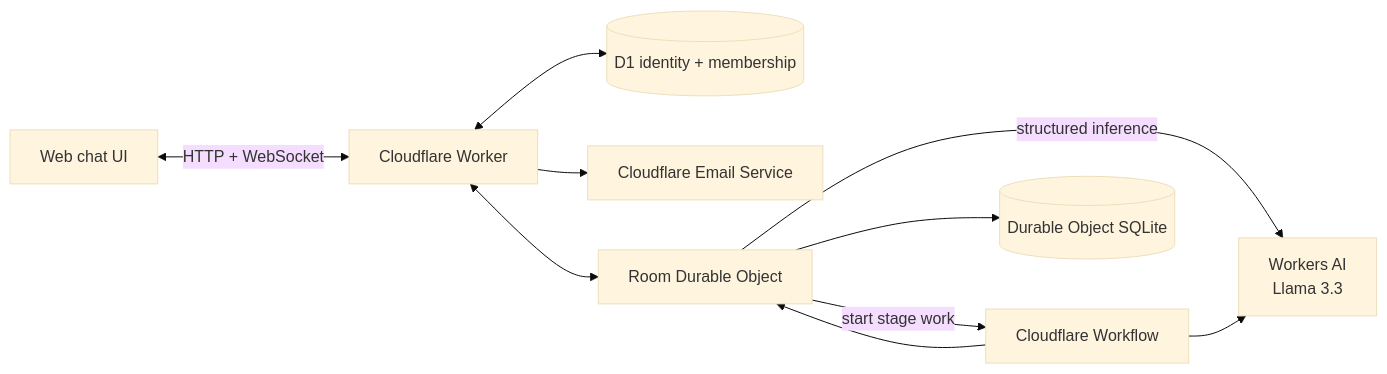
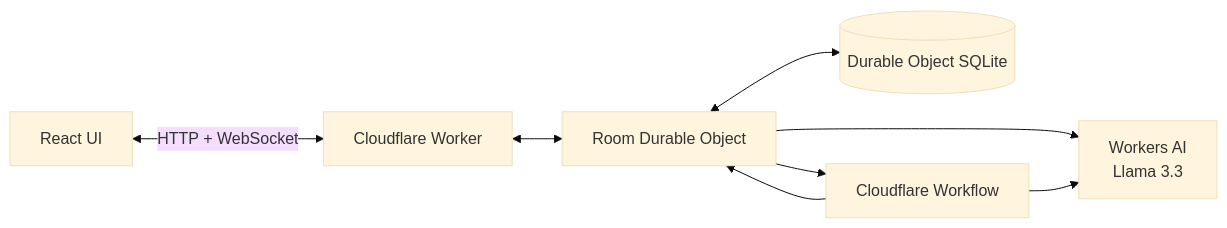
Before and after one commit to beejmaxx/fanpilot-cloudflare-ai-apps: the diagram in docs/product-design.md, drawn with Mermaid (base theme). The commit also changed other lines of this file and 20 other files, not shown here.

````diff
--- a/docs/product-design.md
+++ b/docs/product-design.md
@@ -177,12 +59,10 @@
 ```mermaid
 flowchart LR
-    UI[Web chat UI] <-->|HTTP + WebSocket| W[Cloudflare Worker]
-    W <--> D1[(D1 identity + membership)]
-    W --> EMAIL[Cloudflare Email Service]
+    UI[React UI] <-->|HTTP + WebSocket| W[Cloudflare Worker]
     W <--> DO[Room Durable Object]
-    DO -->|structured inference| AI[Workers AI\nLlama 3.3]
-    DO -->|start stage work| WF[Cloudflare Workflow]
+    DO <--> SQL[(Durable Object SQLite)]
+    DO --> AI[Workers AI\nLlama 3.3]
+    DO --> WF[Cloudflare Workflow]
     WF --> AI
     WF --> DO
-    DO --> SQL[(Durable Object SQLite)]
 ```
````
